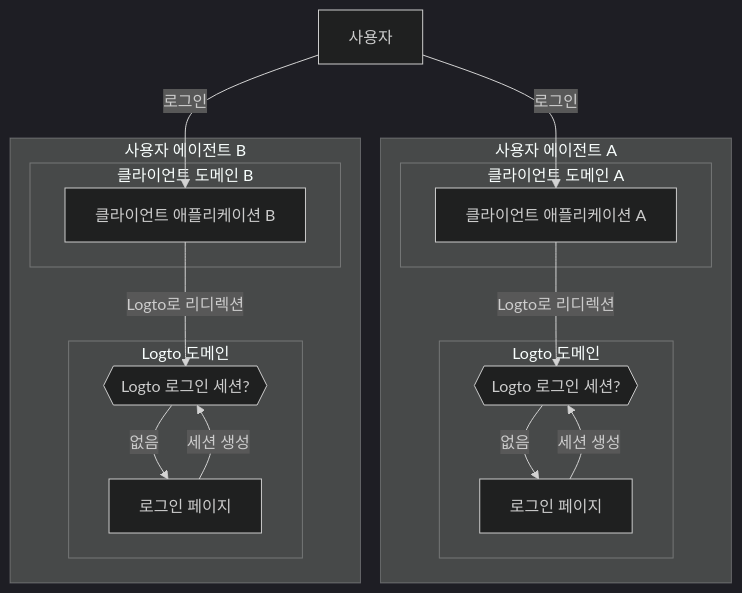
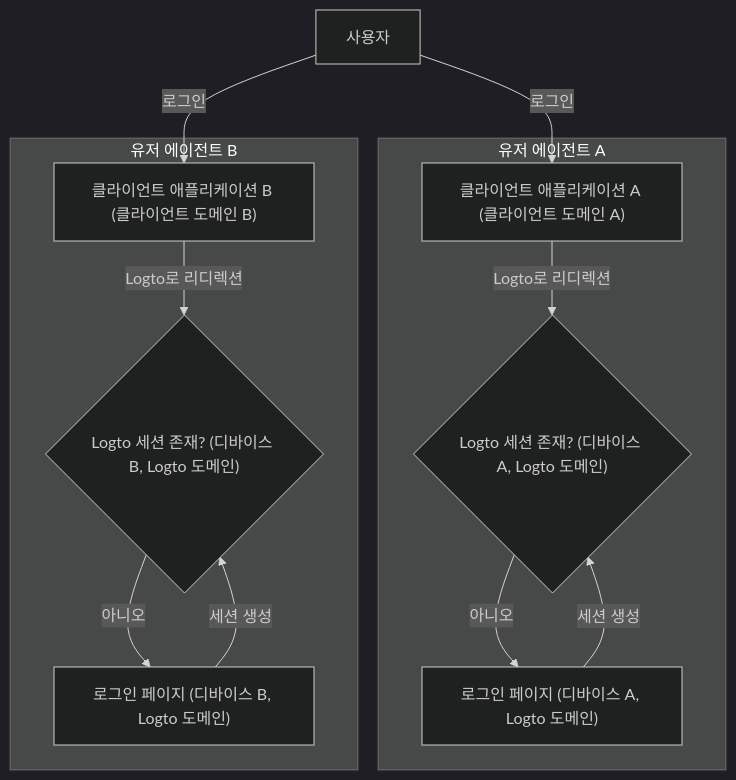
Before and after one commit to logto-io/docs: the fourth of 5 diagrams in i18n/ko/docusaurus-plugin-content-docs/current/end-user-flows/sign-out.mdx, drawn with Mermaid (dark theme). The commit also changed other lines of this file and 74 other files, not shown here.

````diff
--- a/i18n/ko/docusaurus-plugin-content-docs/current/end-user-flows/sign-out.mdx
+++ b/i18n/ko/docusaurus-plugin-content-docs/current/end-user-flows/sign-out.mdx
@@ -89,35 +121,32 @@
-   ```mermaid
-    flowchart TD
-    U[사용자]
+```mermaid
+flowchart TD
+  U[사용자]
+  A["클라이언트 애플리케이션 A (클라이언트 도메인 A)"]
+  C{"Logto 세션 존재? (디바이스 A, Logto 도메인)"}
+  D["로그인 페이지 (디바이스 A, Logto 도메인)"]
 
-    subgraph DeviceA [사용자 에이전트 A]
-      subgraph Layer1 [클라이언트 도메인 A]
-        A[클라이언트 애플리케이션 A]
-      end
+  subgraph DeviceA["유저 에이전트 A"]
+    A
+    C
+    D
+  end
 
-      subgraph Layer2 [Logto 도메인]
-          C{{Logto 로그인 세션?}}
-          D[로그인 페이지]
-      end
-    end
+  B["클라이언트 애플리케이션 B (클라이언트 도메인 B)"]
+  E{"Logto 세션 존재? (디바이스 B, Logto 도메인)"}
+  F["로그인 페이지 (디바이스 B, Logto 도메인)"]
 
-    subgraph DeviceB [사용자 에이전트 B]
-      subgraph Layer3 [클라이언트 도메인 B]
-        B[클라이언트 애플리케이션 B]
-      end
+  subgraph DeviceB["유저 에이전트 B"]
+    B
+    E
+    F
+  end
 
-      subgraph Layer4 [Logto 도메인]
-          E{{Logto 로그인 세션?}}
-          F[로그인 페이지]
-      end
-    end
-
-    U --> |로그인| A
-    A --> |Logto로 리디렉션| C
-    U --> |로그인| B
-    B --> |Logto로 리디렉션| E
-    C --> |없음| D
-    E --> |없음| F
-    D --> |세션 생성| C
-    F --> |세션 생성| E
-   ```
+  U -->|로그인| A
+  A -->|Logto로 리디렉션| C
+  U -->|로그인| B
+  B -->|Logto로 리디렉션| E
+  C -->|아니오| D
+  E -->|아니오| F
+  D -->|세션 생성| C
+  F -->|세션 생성| E
+```
````
